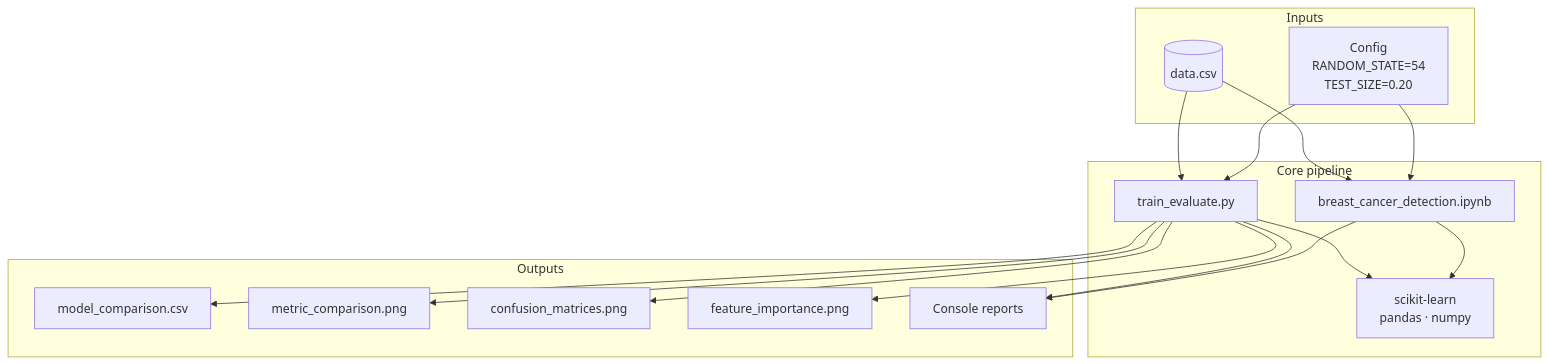
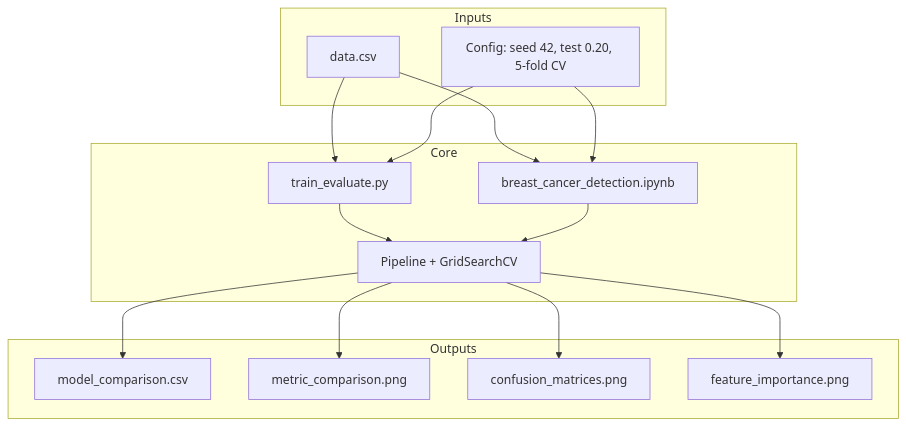
Before and after one commit to vishalpanwar416/cancer-detection: the sixth of 8 diagrams in README.md, drawn with Mermaid. The commit also changed other lines of this file and 6 other files, not shown here.

````diff
--- a/README.md
+++ b/README.md
@@ -89,30 +305,31 @@
 ```mermaid
 flowchart TB
-    subgraph INPUT[Inputs]
-        CSV[(data.csv)]
-        CFG[Config<br/>RANDOM_STATE=54<br/>TEST_SIZE=0.20]
+    subgraph Inputs
+        CSV["data.csv"]
+        CFG["Config: seed 42, test 0.20, 5-fold CV"]
     end
 
-    subgraph CORE[Core pipeline]
-        SCR[train_evaluate.py]
-        NB[breast_cancer_detection.ipynb]
-        SK[scikit-learn<br/>pandas · numpy]
-        SCR --> SK
-        NB --> SK
+    subgraph Core
+        SCR["train_evaluate.py"]
+        NB["breast_cancer_detection.ipynb"]
+        PIPE["Pipeline + GridSearchCV"]
+        SCR --> PIPE
+        NB --> PIPE
     end
 
-    subgraph OUT[Outputs]
-        CSVO[model_comparison.csv]
-        PNG1[metric_comparison.png]
-        PNG2[confusion_matrices.png]
-        PNG3[feature_importance.png]
-        LOG[Console reports]
+    subgraph Outputs
+        CSVO["model_comparison.csv"]
+        PNG1["metric_comparison.png"]
+        PNG2["confusion_matrices.png"]
+        PNG3["feature_importance.png"]
     end
 
     CSV --> SCR
+    CSV --> NB
     CFG --> SCR
-    CSV --> NB
     CFG --> NB
-    SCR --> CSVO & PNG1 & PNG2 & PNG3 & LOG
-    NB --> LOG
+    PIPE --> CSVO
+    PIPE --> PNG1
+    PIPE --> PNG2
+    PIPE --> PNG3
 ```
````
